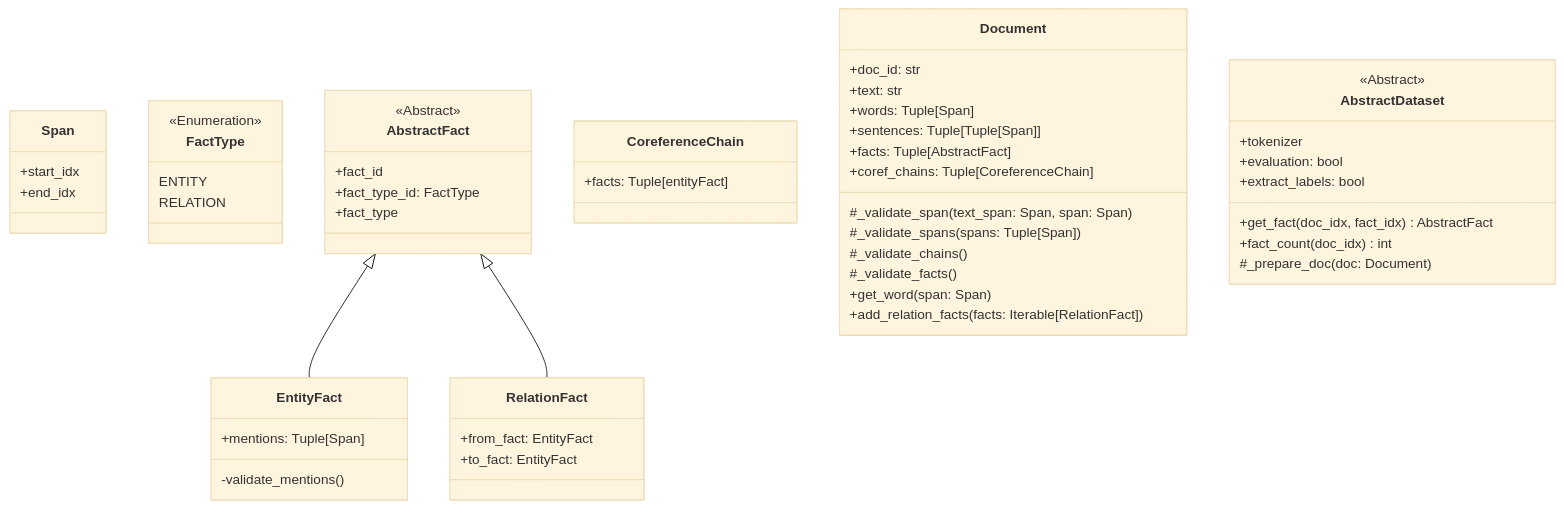
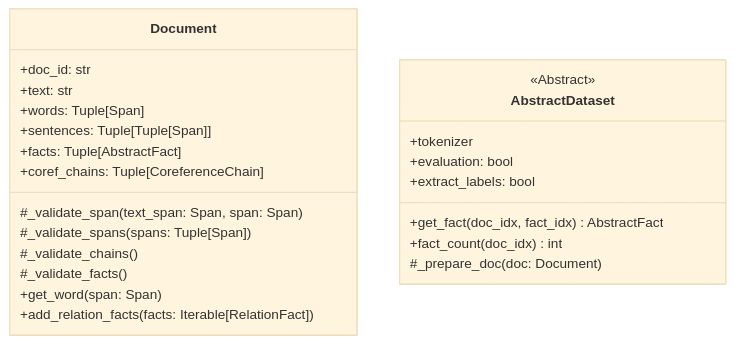
The third of 4 diagrams in README.md (phos-phophy/creed), drawn with Mermaid (base theme) before and after one commit. The commit also changed other lines of this file, not shown here.

Commit message:
Separate class diagram into the subfields

````diff
--- a/README.md
+++ b/README.md
@@ -56,63 +118,28 @@
 ```mermaid
 classDiagram
 direction TB
-
-   class Span{
-      +start_idx
-      +end_idx
-   }
-   
-   class FactType{
-      <<Enumeration>>
-      ENTITY
-      RELATION
-   }
-
-   class AbstractFact{
-      <<Abstract>> 
-      +fact_id
-      +fact_type_id: FactType
-      +fact_type
-   }
-   AbstractFact <|-- EntityFact
-   AbstractFact <|-- RelationFact
-   
-   class EntityFact{
-      +mentions: Tuple[Span]
-      -validate_mentions()
-   }
-   
-   class RelationFact{
-      +from_fact: EntityFact
-      +to_fact: EntityFact
-   }
-   
-   class CoreferenceChain{
-      +facts: Tuple[entityFact]
-   }
-   
    class Document{
       +doc_id: str
       +text: str
       +words: Tuple[Span]
       +sentences: Tuple[Tuple[Span]]
       +facts: Tuple[AbstractFact]
       +coref_chains: Tuple[CoreferenceChain]
       #_validate_span(text_span: Span, span: Span)
       #_validate_spans(spans: Tuple[Span])
       #_validate_chains()
       #_validate_facts()
       +get_word(span: Span)
       +add_relation_facts(facts: Iterable[RelationFact])
    }
    
    class AbstractDataset{
       <<Abstract>>
       +tokenizer
       +evaluation: bool
       +extract_labels: bool
       +get_fact(doc_idx, fact_idx) AbstractFact
       +fact_count(doc_idx) int
       #_prepare_doc(doc: Document)
    }
 ```
````
